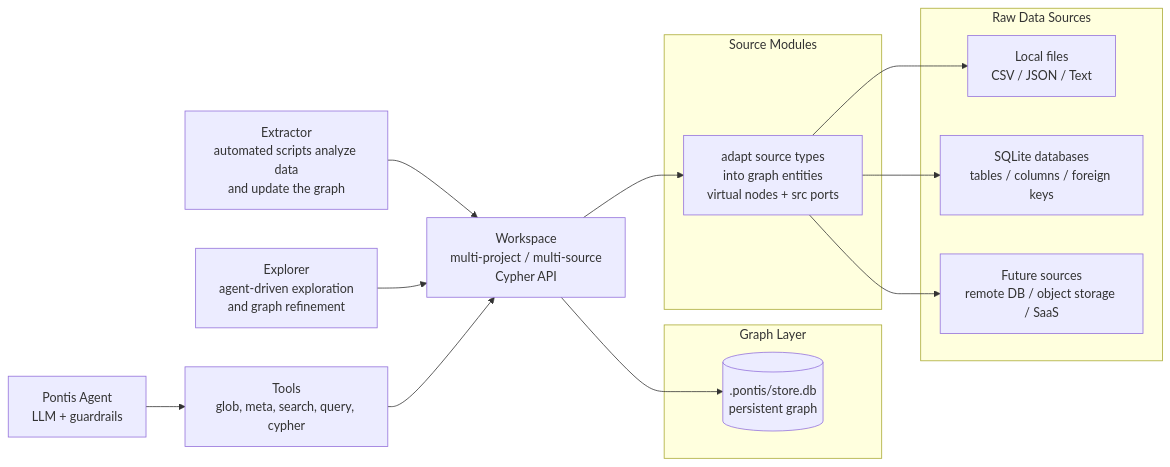
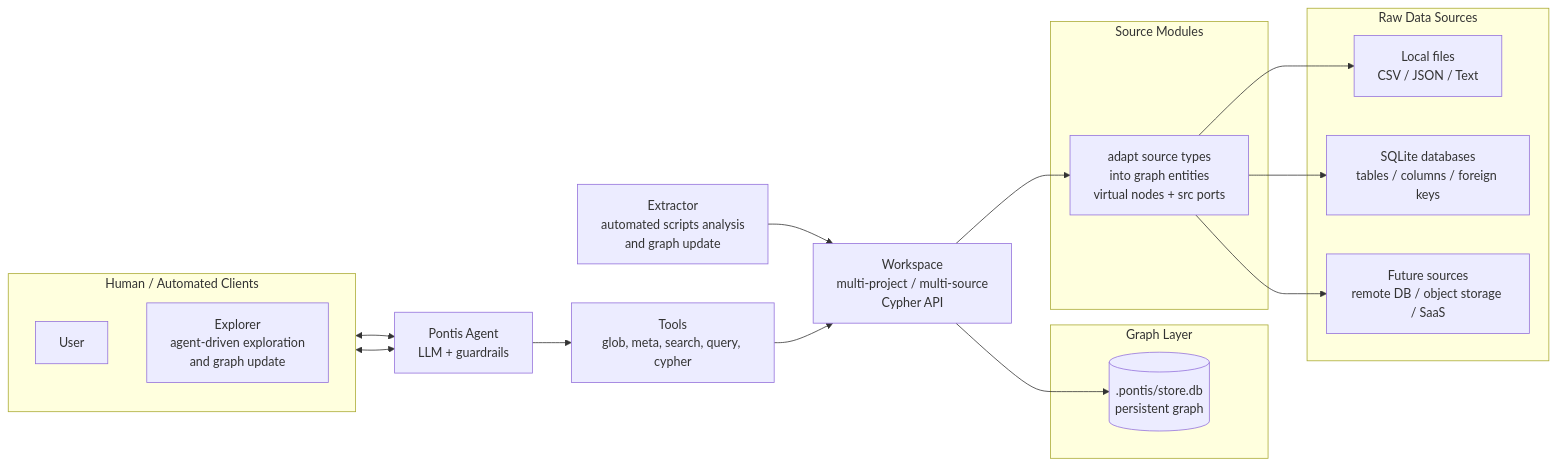
Before and after one commit to rhicore/Pontis: the diagram in README.md, drawn with Mermaid. The commit also changed other lines of this file and 31 other files, not shown here.

````diff
--- a/README.md
+++ b/README.md
@@ -44,31 +44,38 @@
 ```mermaid
 flowchart LR
+    subgraph Clients[Human / Automated Clients]
+        direction TB
+        U[User]
+        EP[Explorer<br/>agent-driven exploration <br/>and graph update]
+    end
+
     W[Workspace<br/>multi-project / multi-source<br/>Cypher API]
 
     subgraph Graph[Graph Layer]
         G[(.pontis/store.db<br/>persistent graph)]
     end
 
     W --> G
 
     subgraph Adapter[Source Modules]
         SM[adapt source types<br/>into graph entities<br/>virtual nodes + src ports]
     end
 
     W --> SM
 
     subgraph Raw[Raw Data Sources]
         FS[Local files<br/>CSV / JSON / Text]
         DB[SQLite databases<br/>tables / columns / foreign keys]
         EXT[Future sources<br/>remote DB / object storage / SaaS]
     end
 
     SM --> FS
     SM --> DB
     SM --> EXT
 
-    EX[Extractor<br/>automated scripts analyze data<br/>and update the graph] --> W
-    EP[Explorer<br/>agent-driven exploration<br/>and graph refinement] --> W
+    EX[Extractor<br/>automated scripts analysis <br/>and graph update] --> W
     T[Tools<br/>glob, meta, search, query, cypher] --> W
     A[Pontis Agent<br/>LLM + guardrails] --> T
+    U <--> A
+    EP <--> A
 ```
````
